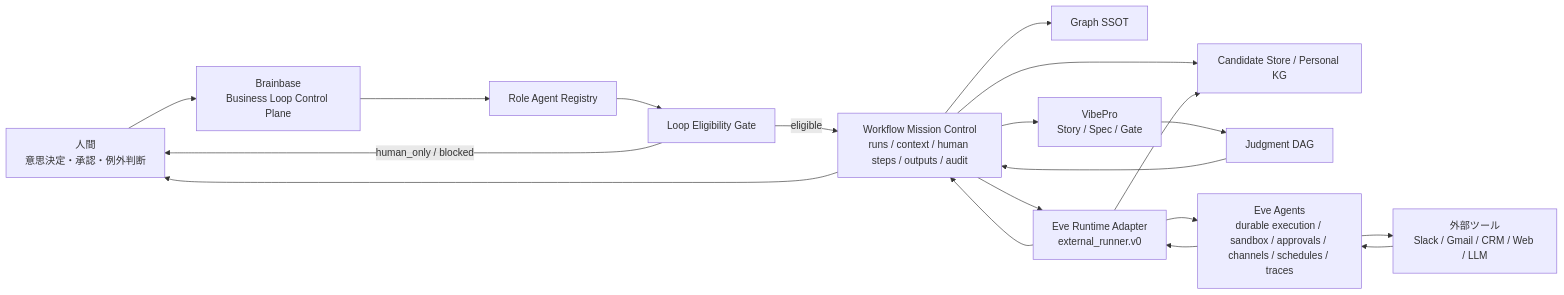
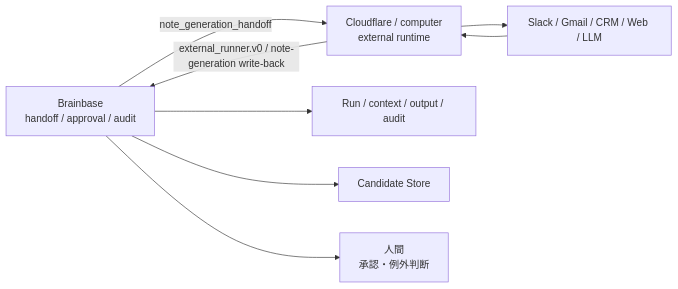
The diagram in docs/architecture/external-runner-adapter-contract-architecture.md (Unson-LLC/brainbase), drawn with Mermaid before and after one commit. The commit also changed other lines of this file and 103 other files, not shown here.

````diff
--- a/docs/architecture/external-runner-adapter-contract-architecture.md
+++ b/docs/architecture/external-runner-adapter-contract-architecture.md
@@ -7,34 +7,16 @@
 ```mermaid
-flowchart LR;
-  human["人間<br/>意思決定・承認・例外判断"];
-  brainbase["Brainbase<br/>Business Loop Control Plane"];
-  registry["Role Agent Registry"];
-  eligibility["Loop Eligibility Gate"];
-  wf["Workflow Mission Control<br/>runs / context / human steps / outputs / audit"];
-  graphSsot["Graph SSOT"];
-  kg["Candidate Store / Personal KG"];
-  vibepro["VibePro<br/>Story / Spec / Gate"];
-  dag["Judgment DAG"];
-  adapter["Eve Runtime Adapter<br/>external_runner.v0"];
-  eve["Eve Agents<br/>durable execution / sandbox / approvals / channels / schedules / traces"];
-  tools["外部ツール<br/>Slack / Gmail / CRM / Web / LLM"];
-
-  human --> brainbase;
-  brainbase --> registry;
-  registry --> eligibility;
-  eligibility -->|eligible| wf;
-  eligibility -->|human_only / blocked| human;
-  wf --> graphSsot;
-  wf --> kg;
-  wf --> vibepro;
-  vibepro --> dag;
-  dag --> wf;
-  wf --> adapter;
-  adapter --> eve;
-  eve --> tools;
-  tools --> eve;
-  eve --> adapter;
-  adapter --> wf;
-  adapter --> kg;
-  wf --> human;
+flowchart LR
+  brainbase["Brainbase<br/>handoff / approval / audit"]
+  runtime["Cloudflare / computer<br/>external runtime"]
+  tools["Slack / Gmail / CRM / Web / LLM"]
+  wmc["Run / context / output / audit"]
+  candidates["Candidate Store"]
+  human["人間<br/>承認・例外判断"]
+  brainbase -->|note_generation_handoff| runtime
+  runtime --> tools
+  tools --> runtime
+  runtime -->|external_runner.v0 / note-generation write-back| brainbase
+  brainbase --> wmc
+  brainbase --> candidates
+  brainbase --> human
 ```
````
